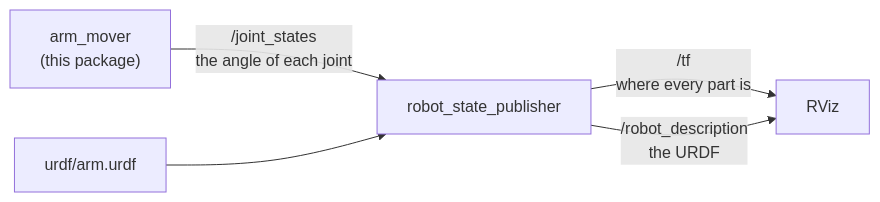
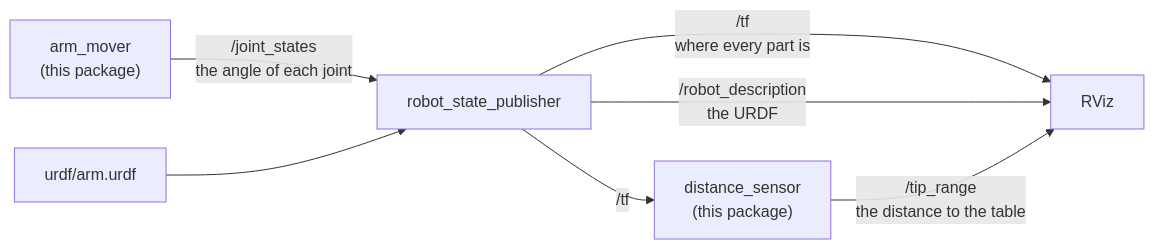
Before and after one commit to RobinNagpal/robotics-basics: the diagram in docs/ros/ros-arm.md, drawn with Mermaid. The commit also changed other lines of this file and 14 other files, not shown here.

````diff
--- a/docs/ros/ros-arm.md
+++ b/docs/ros/ros-arm.md
@@ -65,7 +74,9 @@
 ```mermaid
 flowchart LR
     M["arm_mover<br/>(this package)"] -->|"/joint_states<br/>the angle of each joint"| R["robot_state_publisher"]
     U["urdf/arm.urdf"] --> R
     R -->|"/tf<br/>where every part is"| V["RViz"]
     R -->|"/robot_description<br/>the URDF"| V
+    R -->|"/tf"| D["distance_sensor<br/>(this package)"]
+    D -->|"/tip_range<br/>the distance to the table"| V
 ```
````
